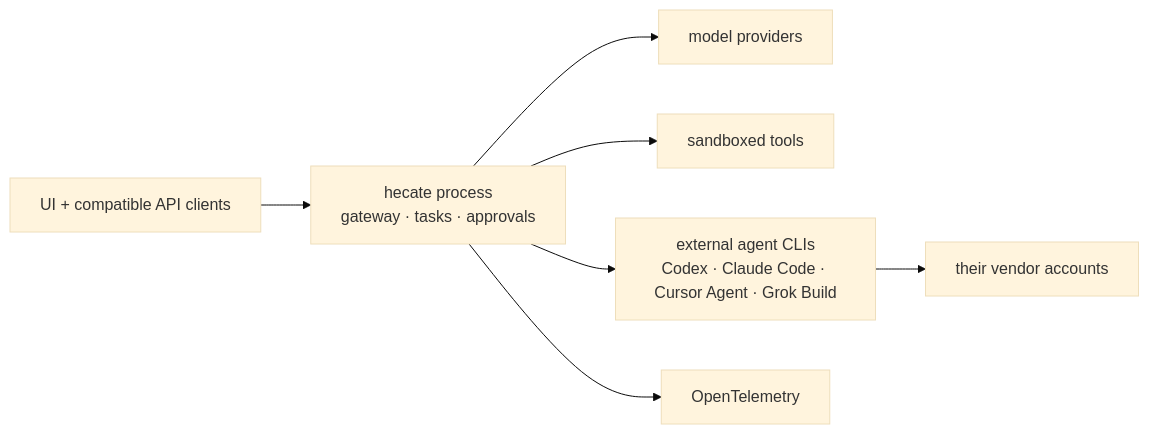
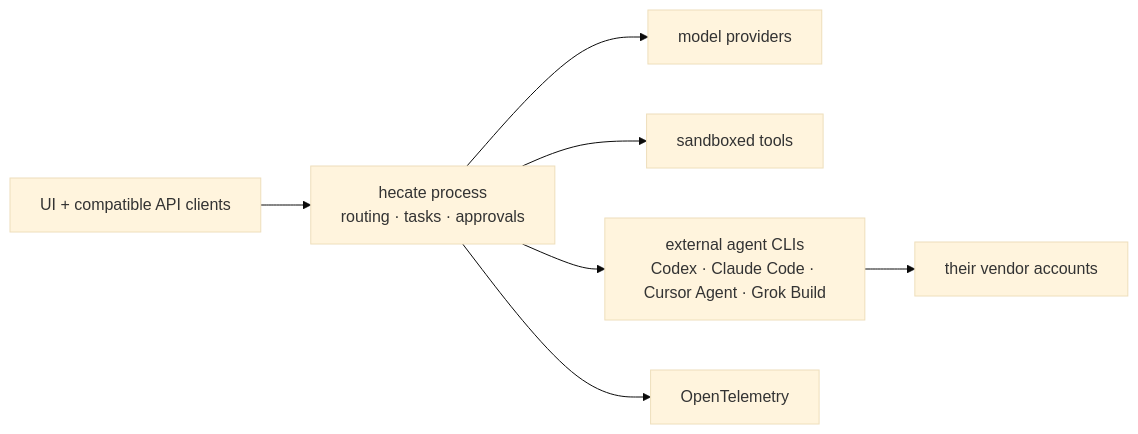
The diagram in README.md (hecatehq/hecate), drawn with Mermaid (base theme) before and after one commit. The commit also changed other lines of this file and 15 other files, not shown here.

````diff
--- a/README.md
+++ b/README.md
@@ -138,9 +138,9 @@
 ```mermaid
 flowchart LR
-    Clients["UI + compatible API clients"] --> Hecate["hecate process<br/>gateway · tasks · approvals"]
+    Clients["UI + compatible API clients"] --> Hecate["hecate process<br/>routing · tasks · approvals"]
     Hecate --> Models["model providers"]
     Hecate --> Tools["sandboxed tools"]
     Hecate --> Agents["external agent CLIs<br/>Codex · Claude Code · Cursor Agent · Grok Build"]
     Agents --> Accounts["their vendor accounts"]
     Hecate --> Telemetry["OpenTelemetry"]
 ```
````
